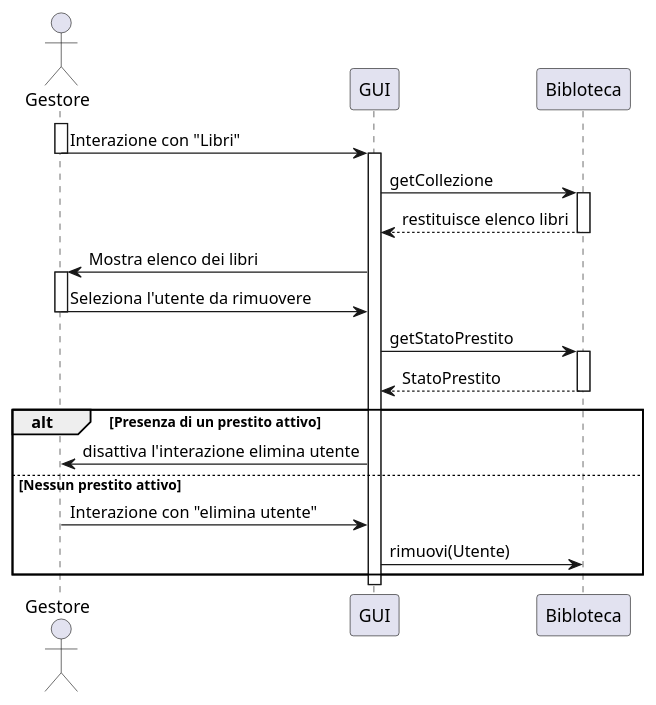
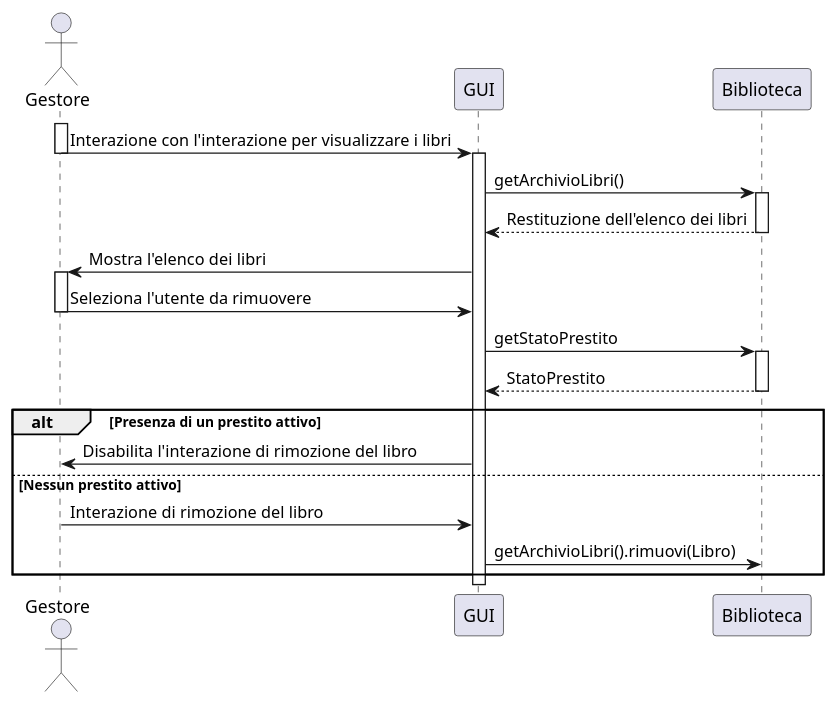
Before and after one commit to Meziu/easylibrary: the diagram in docs/uml/UMLRimuoviLibro.puml, drawn with PlantUML. The commit also changed 8 other files, not shown here.

```diff
--- a/docs/uml/UMLRimuoviLibro.puml
+++ b/docs/uml/UMLRimuoviLibro.puml
@@ -1,38 +1,36 @@
 @startuml
 actor Gestore as G
 participant "GUI" as UI
-participant "Bibloteca" as B
+participant "Biblioteca" as B
+
 ' ----- Inizio -----
 activate G
-G -> UI : Interazione con "Libri"
+G -> UI : Interazione con l'interazione per visualizzare i libri
 deactivate G
 activate UI
-UI -> B : getCollezione
+UI -> B : getArchivioLibri()
 activate B
 
-B --> UI : restituisce elenco libri
+B --> UI : Restituzione dell'elenco dei libri
 deactivate B
-UI -> G : Mostra elenco dei libri
+UI -> G : Mostra l'elenco dei libri
 activate G
 G -> UI : Seleziona l'utente da rimuovere
 deactivate G
 
 UI -> B : getStatoPrestito
 activate B
 B --> UI : StatoPrestito
 deactivate B
 
-' ---- Flusso alternativo ----- 
+' ---- Flusso alternativo -----
 alt Presenza di un prestito attivo
-
-UI -> G : disattiva l'interazione elimina utente
+    UI -> G : Disabilita l'interazione di rimozione del libro
 
 else Nessun prestito attivo
-G -> UI : Interazione con "elimina utente"
-UI -> B : rimuovi(Utente)
-
+    G -> UI : Interazione di rimozione del libro
+    UI -> B : getArchivioLibri().rimuovi(Libro)
 
 end
 
-
 @enduml
```
